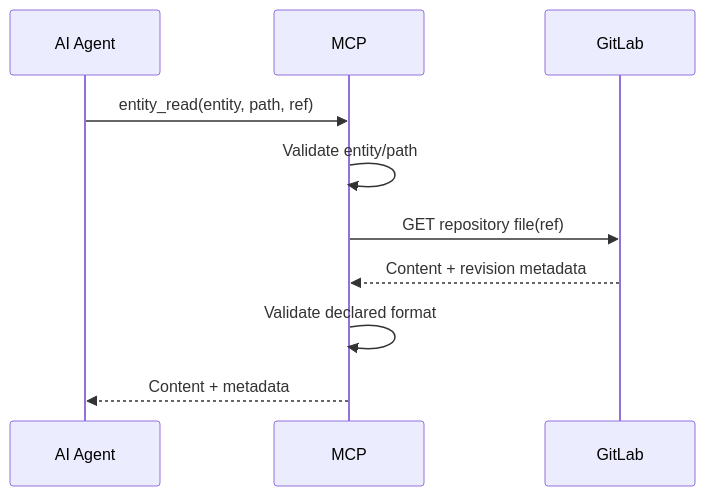
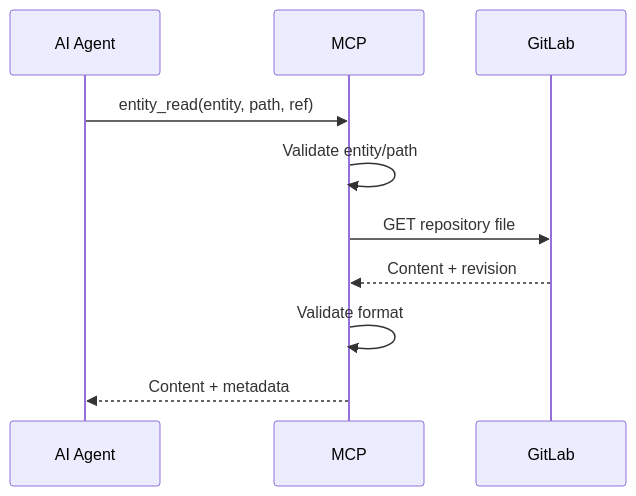
Before and after one commit to SkySai1/ArchRepoMCP: the second of 15 diagrams in AGENTS.md, drawn with Mermaid. The commit also changed other lines of this file, not shown here.

````diff
--- a/AGENTS.md
+++ b/AGENTS.md
@@ -811,13 +1072,13 @@
 ```mermaid
 sequenceDiagram
     participant A as AI Agent
     participant M as MCP
     participant G as GitLab
 
     A->>M: entity_read(entity, path, ref)
     M->>M: Validate entity/path
-    M->>G: GET repository file(ref)
-    G-->>M: Content + revision metadata
-    M->>M: Validate declared format
+    M->>G: GET repository file
+    G-->>M: Content + revision
+    M->>M: Validate format
     M-->>A: Content + metadata
 ```
````
